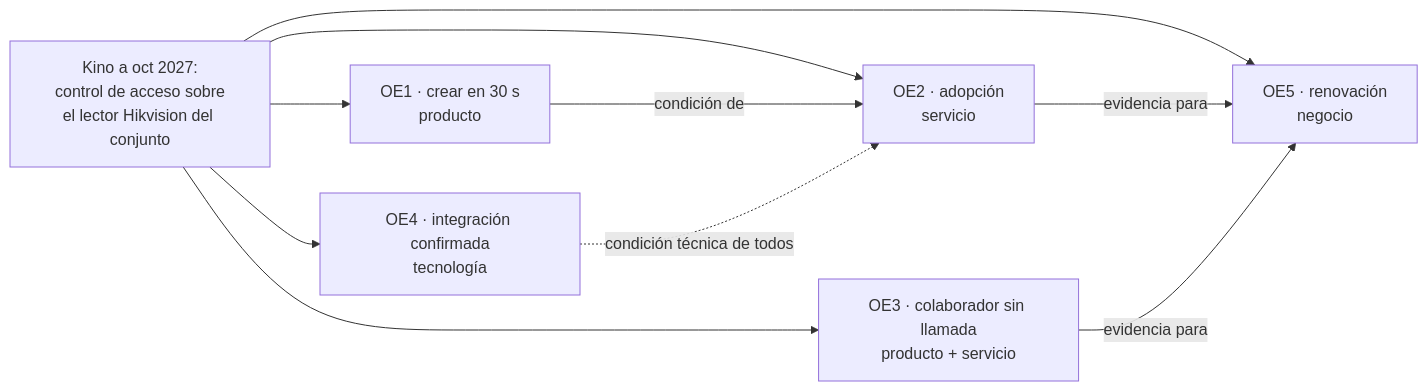
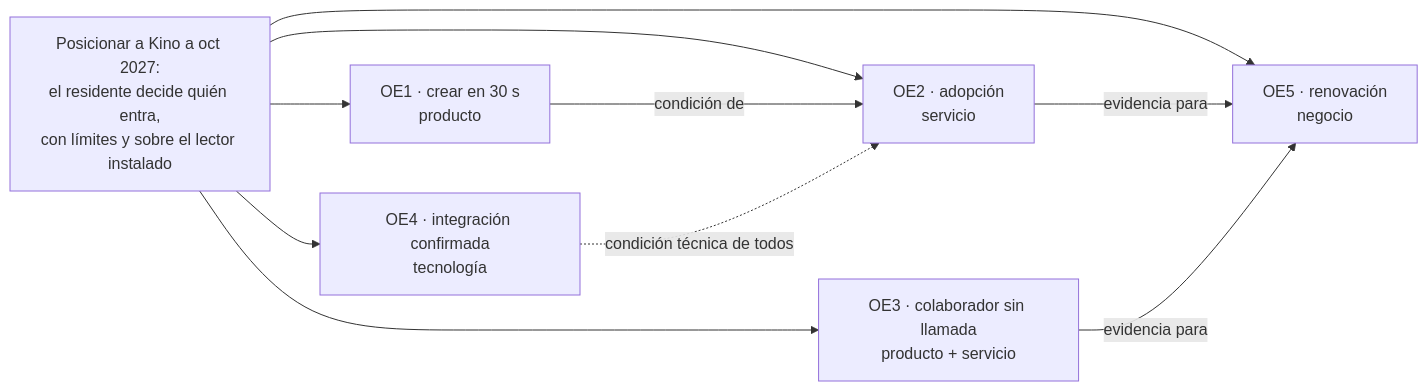
Before and after one commit to Amonsalvem/kino: the first of 2 diagrams in entrega-3/estrategia.md, drawn with Mermaid. The commit also changed other lines of this file and 7 other files, not shown here.

````diff
--- a/entrega-3/estrategia.md
+++ b/entrega-3/estrategia.md
@@ -126,12 +126,12 @@
 ```mermaid
 flowchart LR
-  G[Kino a oct 2027:<br/>control de acceso sobre<br/>el lector Hikvision del conjunto] --> OE1[OE1 · crear en 30 s<br/>producto]
+  G[Posicionar a Kino a oct 2027:<br/>el residente decide quién entra,<br/>con límites y sobre el lector instalado] --> OE1[OE1 · crear en 30 s<br/>producto]
   G --> OE2[OE2 · adopción<br/>servicio]
   G --> OE3[OE3 · colaborador sin llamada<br/>producto + servicio]
   G --> OE4[OE4 · integración confirmada<br/>tecnología]
   G --> OE5[OE5 · renovación<br/>negocio]
   OE1 -->|condición de| OE2
   OE2 -->|evidencia para| OE5
   OE3 -->|evidencia para| OE5
   OE4 -.->|condición técnica de todos| OE2
 ```
````
